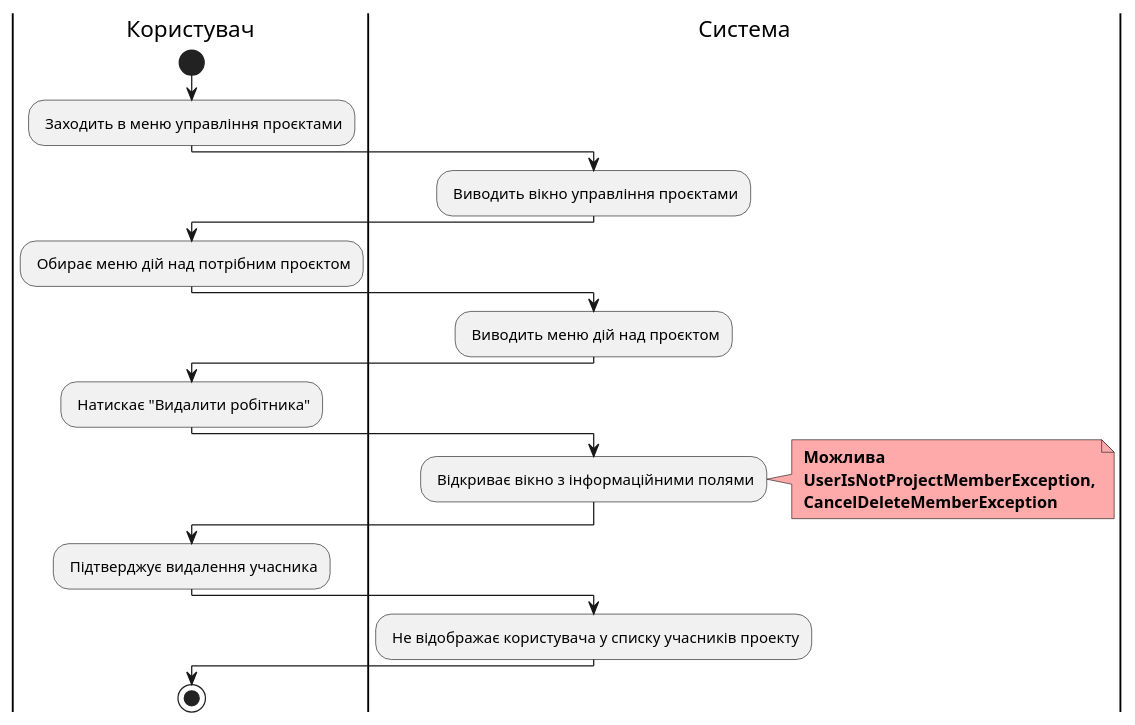
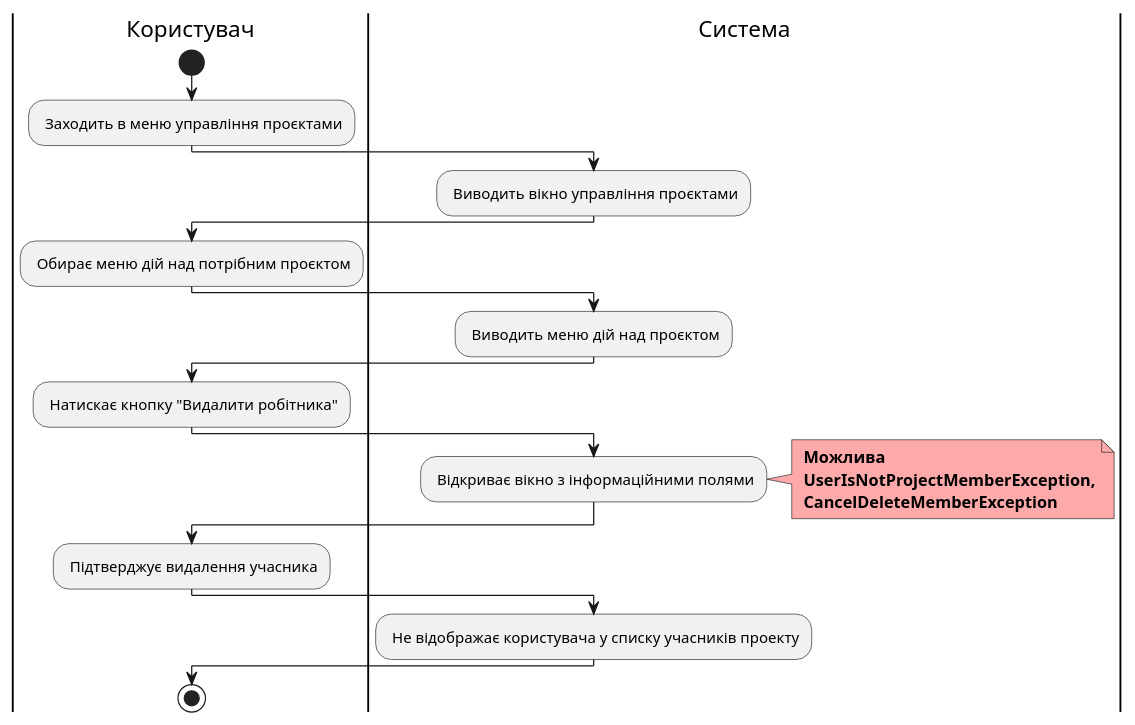
Diagram 18 of 23 in docs/use cases/README.md (witchkaa/databases-course-work), drawn with PlantUML before and after one commit. The commit also changed other lines of this file and 1 other file, not shown here.

```diff
--- a/docs/use cases/README.md
+++ b/docs/use cases/README.md
@@ -709,36 +709,36 @@
 @startuml
 
     |Користувач|
     start;
     : Заходить в меню управління проєктами;
 
     |Система|
     : Виводить вікно управління проєктами;
 
     |Користувач|
     : Обирає меню дій над потрібним проєктом;
 
     |Система|
     : Виводить меню дій над проєктом;
 
     |Користувач|
-    : Натискає "Видалити робітника";
+    : Натискає кнопку "Видалити робітника";
 
     |Система|
     : Відкриває вікно з інформаційними полями;
     note right #ffaaaa
     <b> Можлива
     <b> UserIsNotProjectMemberException,
     <b> CancelDeleteMemberException
     end note
 
     |Користувач|
     : Підтверджує видалення учасника;
 
     |Система|
     : Не відображає користувача у списку учасників проекту;
 
     |Користувач|
     stop;
     
 @enduml
```
